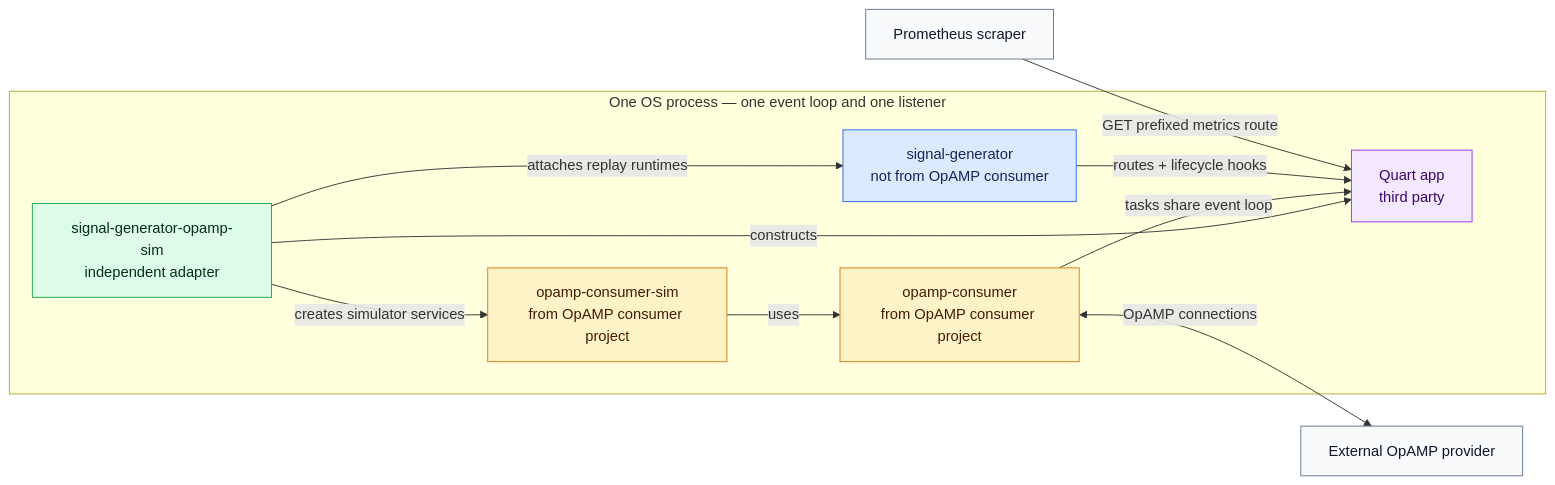
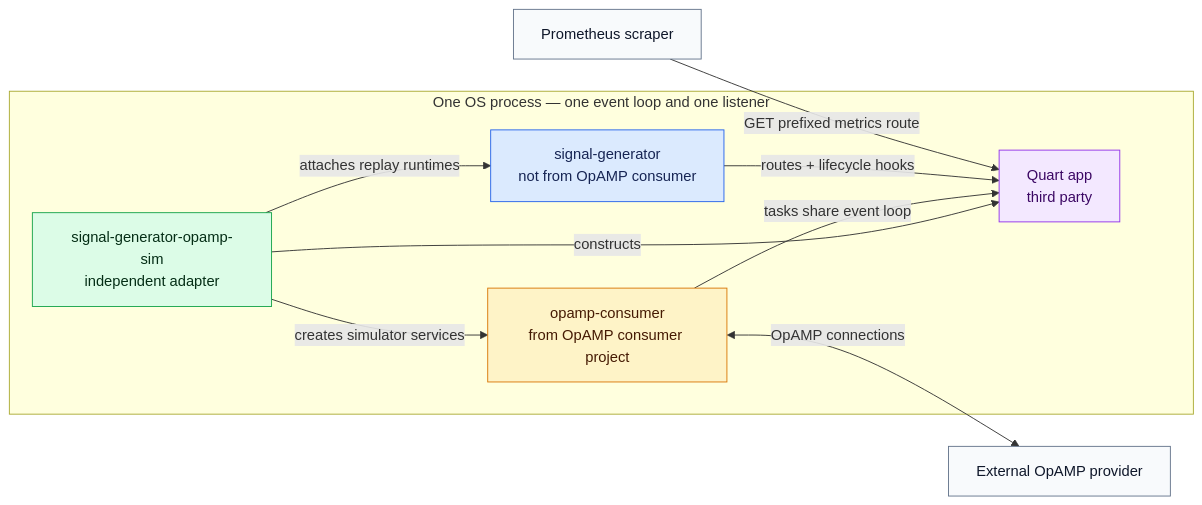
Before and after one commit to opamp-observe/SignalGenerator: the fourth of 6 diagrams in docs/opamp_integration_design.md, drawn with Mermaid. The commit also changed other lines of this file and 26 other files, not shown here.

Commit message:
Introduce a control so that we can suppress the integrated test with the opamp simulator when necessary

````diff
--- a/docs/opamp_integration_design.md
+++ b/docs/opamp_integration_design.md
@@ -170,34 +169,32 @@
 ```mermaid
 flowchart LR
     Provider["External OpAMP provider"]
     Scraper["Prometheus scraper"]
 
     subgraph UnifiedProcess["One OS process — one event loop and one listener"]
         Adapter["signal-generator-opamp-sim<br/>independent adapter"]
-        Simulator["opamp-consumer-sim<br/>from OpAMP consumer project"]
         Consumer["opamp-consumer<br/>from OpAMP consumer project"]
         SG["signal-generator<br/>not from OpAMP consumer"]
         Quart["Quart app<br/>third party"]
 
         Adapter -->|constructs| Quart
-        Adapter -->|creates simulator services| Simulator
-        Simulator -->|uses| Consumer
+        Adapter -->|creates simulator services| Consumer
         Adapter -->|attaches replay runtimes| SG
         Consumer -->|tasks share event loop| Quart
         SG -->|routes + lifecycle hooks| Quart
     end
 
     Consumer <-->|OpAMP connections| Provider
     Scraper -->|GET prefixed metrics route| Quart
 
     classDef signal fill:#dbeafe,stroke:#2563eb,color:#172554
     classDef adapter fill:#dcfce7,stroke:#16a34a,color:#052e16
     classDef opamp fill:#fef3c7,stroke:#d97706,color:#451a03
     classDef third fill:#f3e8ff,stroke:#9333ea,color:#3b0764
     classDef runtime fill:#f8fafc,stroke:#64748b,color:#0f172a
     class SG signal
     class Adapter adapter
-    class Consumer,Simulator opamp
+    class Consumer opamp
     class Quart third
     class Provider,Scraper runtime
 ```
````
